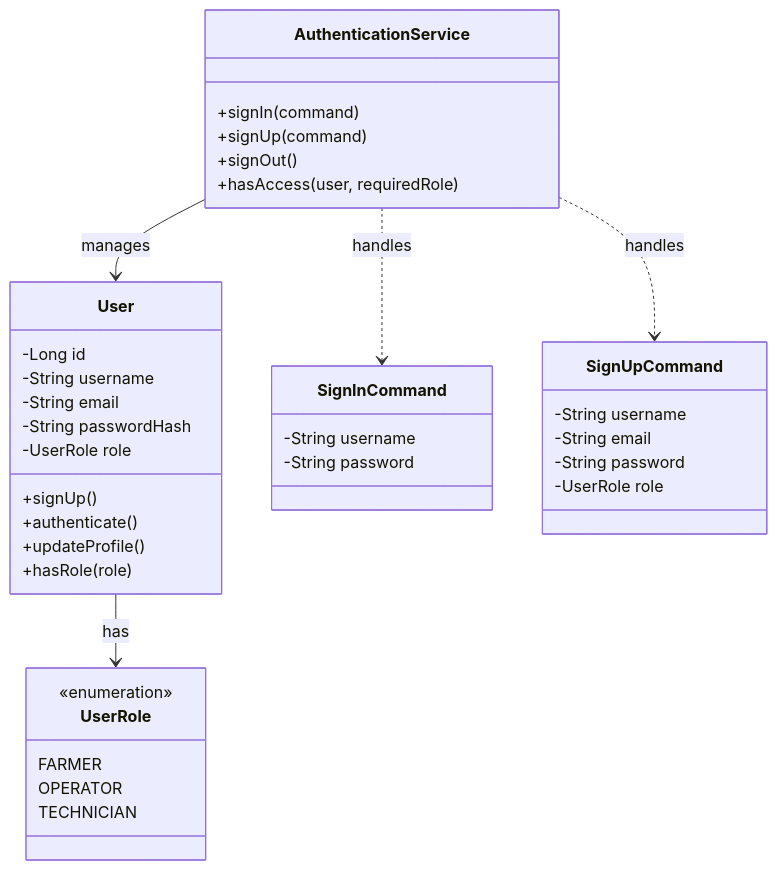
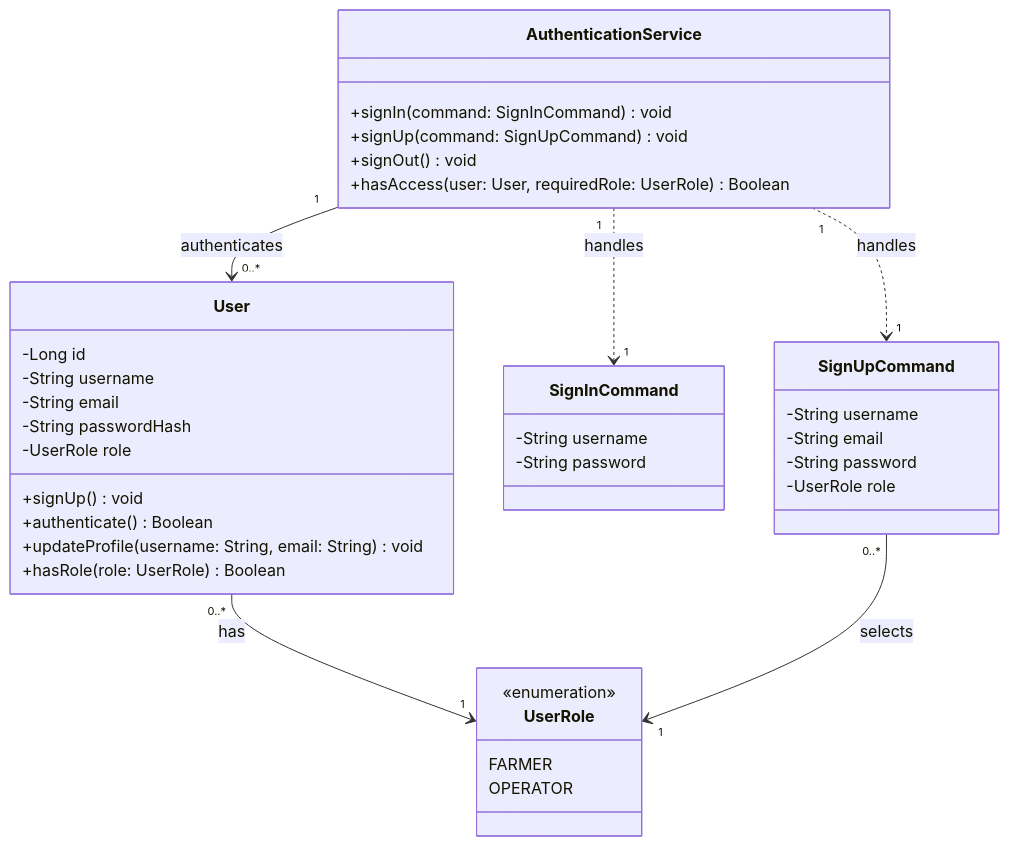
One commit to Ital0Dmc/Agridron-Report-readme-playground changed the seventh of 23 diagrams in README.md. Above: the diagram before and after it, drawn with Mermaid. The commit also changed other lines of this file, not shown here.

First line of the commit message:
docs: align class diagrams with the frontend data model and user stories

````diff
--- a/README.md
+++ b/README.md
@@ -2364,40 +2369,40 @@
 ```mermaid
 classDiagram
   class User {
     -Long id
     -String username
     -String email
     -String passwordHash
     -UserRole role
-    +signUp()
-    +authenticate()
-    +updateProfile()
-    +hasRole(role)
+    +signUp() void
+    +authenticate() Boolean
+    +updateProfile(username: String, email: String) void
+    +hasRole(role: UserRole) Boolean
   }
   class UserRole {
     <<enumeration>>
     FARMER
     OPERATOR
-    TECHNICIAN
   }
   class SignInCommand {
     -String username
     -String password
   }
   class SignUpCommand {
     -String username
     -String email
     -String password
     -UserRole role
   }
   class AuthenticationService {
-    +signIn(command)
-    +signUp(command)
-    +signOut()
-    +hasAccess(user, requiredRole)
+    +signIn(command: SignInCommand) void
+    +signUp(command: SignUpCommand) void
+    +signOut() void
+    +hasAccess(user: User, requiredRole: UserRole) Boolean
   }
-  User --> UserRole : has
-  AuthenticationService --> User : manages
-  AuthenticationService ..> SignInCommand : handles
-  AuthenticationService ..> SignUpCommand : handles
+  User "0..*" --> "1" UserRole : has
+  SignUpCommand "0..*" --> "1" UserRole : selects
+  AuthenticationService "1" --> "0..*" User : authenticates
+  AuthenticationService "1" ..> "1" SignInCommand : handles
+  AuthenticationService "1" ..> "1" SignUpCommand : handles
 ```
````
